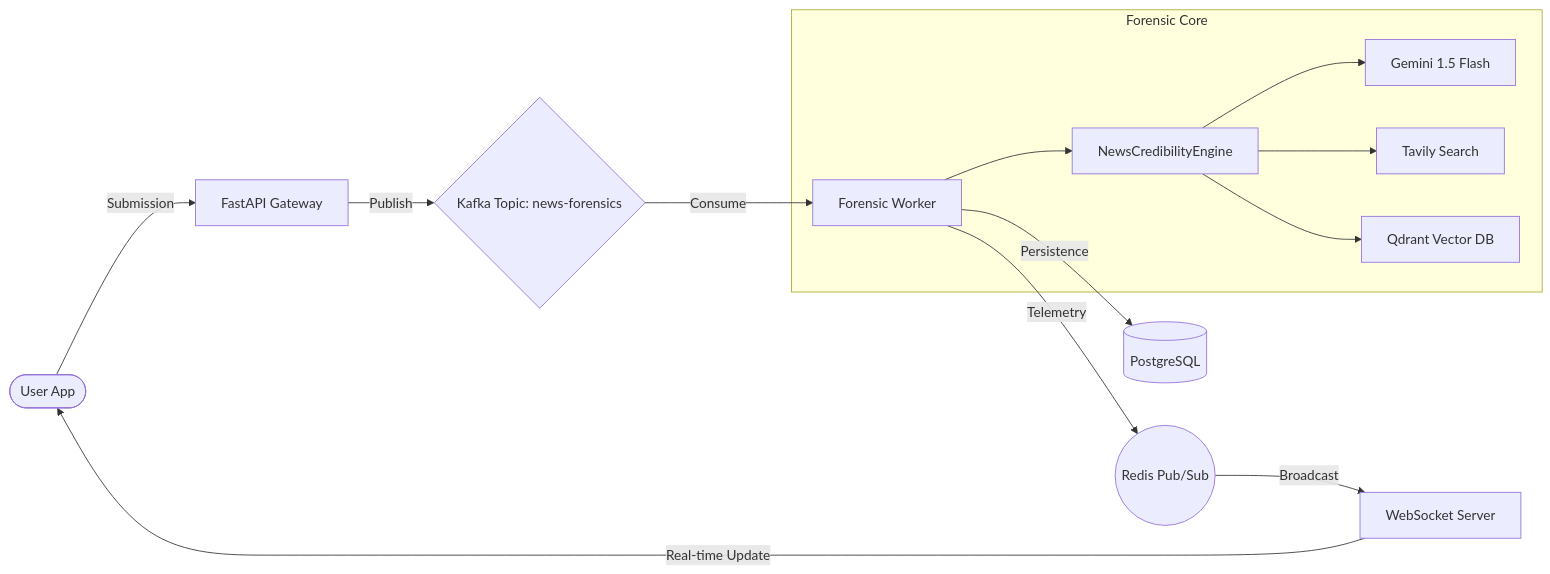
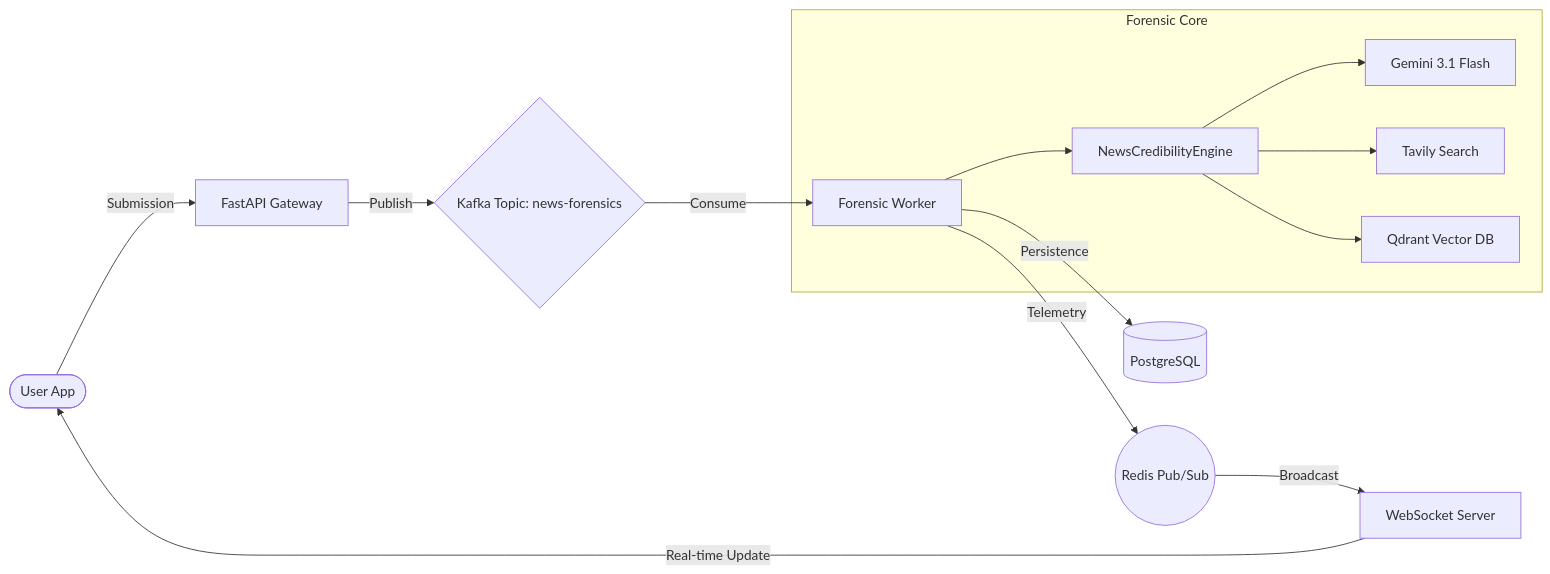
The first of 3 diagrams in README.md (pratyakshkwatra/factline.one), drawn with Mermaid before and after one commit. The commit also changed other lines of this file and 8 other files, not shown here.

````diff
--- a/README.md
+++ b/README.md
@@ -27,19 +27,19 @@
 ```mermaid
 graph LR
     User([User App]) -- Submission --> API[FastAPI Gateway]
     API -- Publish --> Kafka{Kafka Topic: news-forensics}
     Kafka -- Consume --> Worker[Forensic Worker]
     
     subgraph "Forensic Core"
     Worker --> Engine[NewsCredibilityEngine]
-    Engine --> Gemini[Gemini 1.5 Flash]
+    Engine --> Gemini[Gemini 3.1 Flash]
     Engine --> Tavily[Tavily Search]
     Engine --> Qdrant[Qdrant Vector DB]
     end
     
     Worker -- Telemetry --> Redis((Redis Pub/Sub))
     Redis -- Broadcast --> WS[WebSocket Server]
     WS -- Real-time Update --> User
     
     Worker -- Persistence --> DB[(PostgreSQL)]
 ```
````
